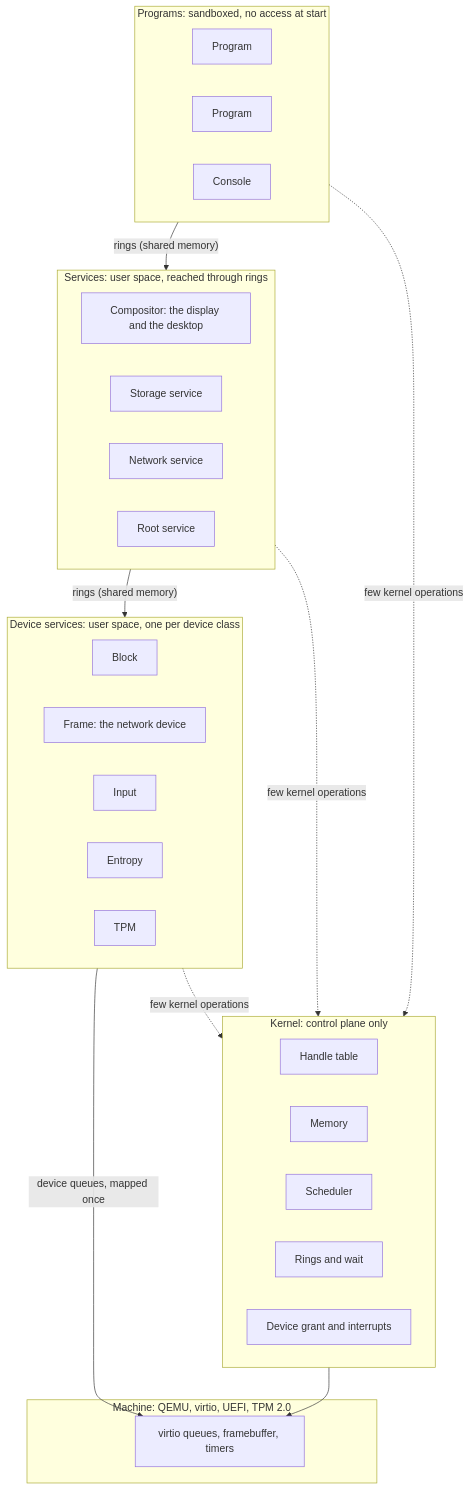
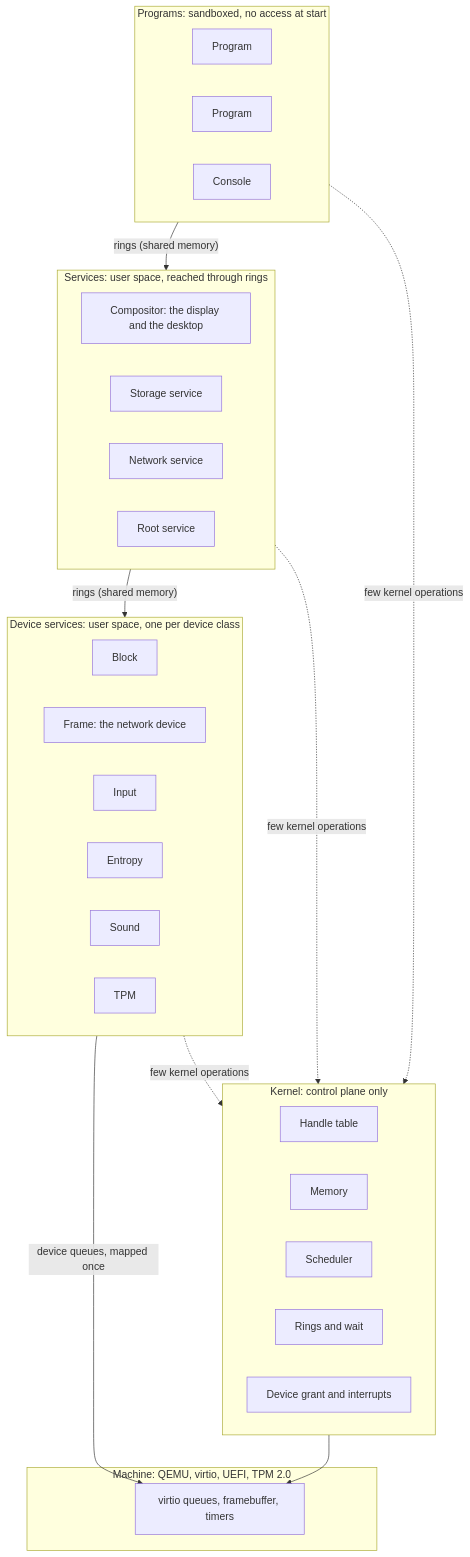
Before and after one commit to sachahjkl/modus: the first of 5 diagrams in docs/ARCHITECTURE.md, drawn with Mermaid. The commit also changed other lines of this file and 37 other files, not shown here.

````diff
--- a/docs/ARCHITECTURE.md
+++ b/docs/ARCHITECTURE.md
@@ -44,43 +44,44 @@
 ```mermaid
 flowchart TB
   subgraph programs["Programs: sandboxed, no access at start"]
     app1["Program"]
     app2["Program"]
     console["Console"]
   end
 
   subgraph services["Services: user space, reached through rings"]
     compositor["Compositor: the display and the desktop"]
     storage["Storage service"]
     network["Network service"]
     root["Root service"]
   end
 
   subgraph devices["Device services: user space, one per device class"]
     blk["Block"]
     net["Frame: the network device"]
     input["Input"]
     entropy["Entropy"]
+    sound["Sound"]
     tpm["TPM"]
   end
 
   subgraph kernel["Kernel: control plane only"]
     handles["Handle table"]
     memory["Memory"]
     sched["Scheduler"]
     rings["Rings and wait"]
     devgrant["Device grant and interrupts"]
   end
 
   subgraph machine["Machine: QEMU, virtio, UEFI, TPM 2.0"]
     hw["virtio queues, framebuffer, timers"]
   end
 
   programs -- "rings (shared memory)" --> services
   services -- "rings (shared memory)" --> devices
   devices -- "device queues, mapped once" --> hw
   programs -. "few kernel operations" .-> kernel
   services -. "few kernel operations" .-> kernel
   devices -. "few kernel operations" .-> kernel
   kernel --> hw
 ```
````
